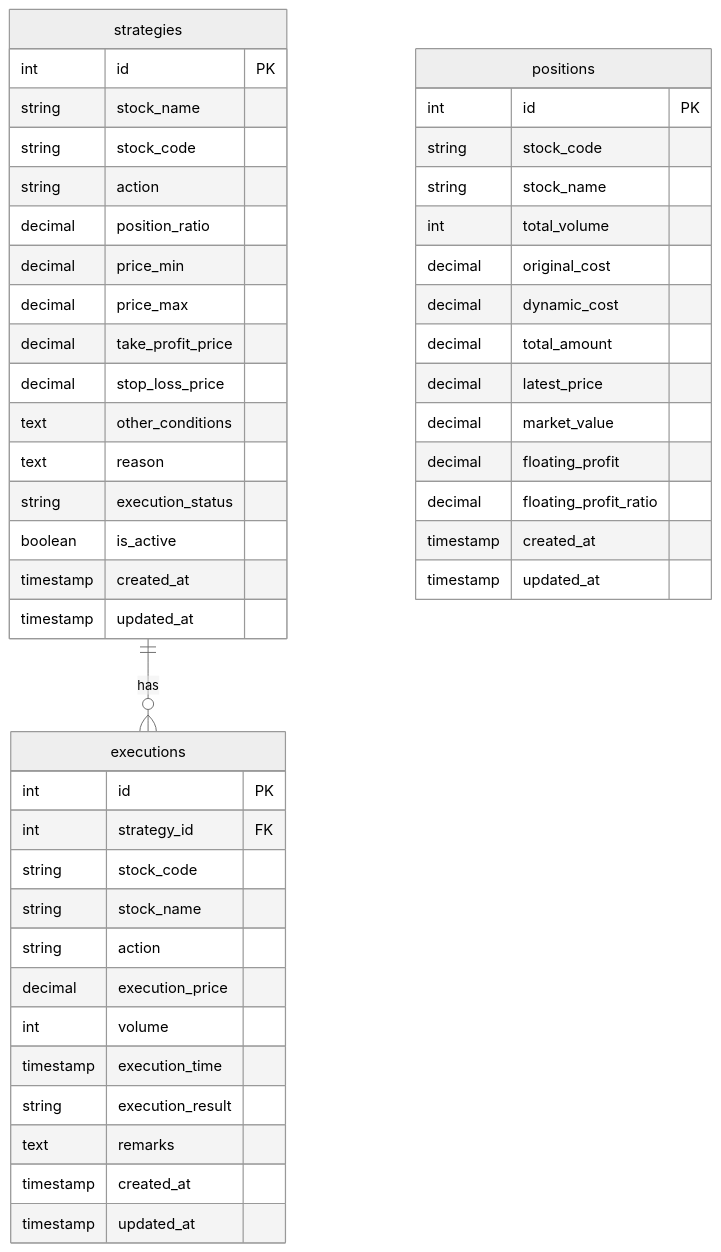
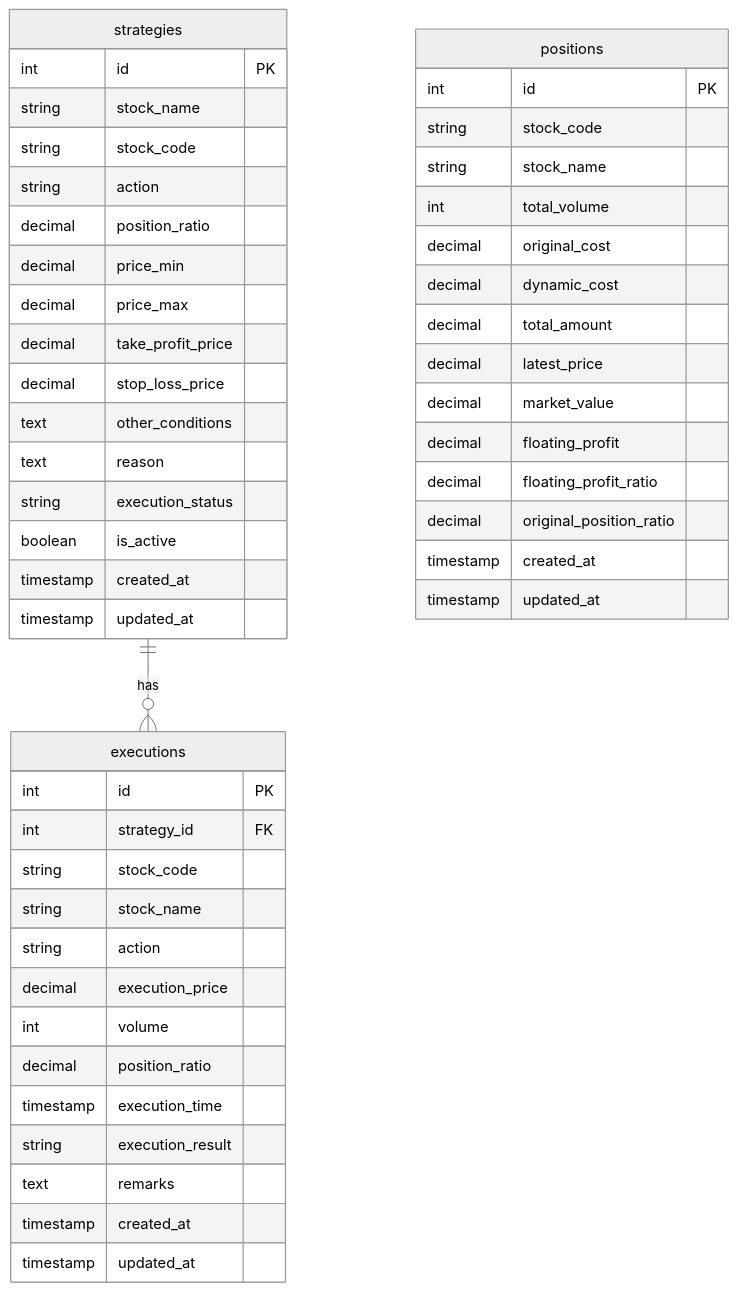
The diagram in docs/DATABASE.md (ahfungon/QMT_Server), drawn with Mermaid (neutral theme) before and after one commit. The commit also changed other lines of this file and 14 other files, not shown here.

````diff
--- a/docs/DATABASE.md
+++ b/docs/DATABASE.md
@@ -99,50 +121,52 @@
 ```mermaid
 erDiagram
     strategies ||--o{ executions : "has"
     strategies {
         int id PK
         string stock_name
         string stock_code
         string action
         decimal position_ratio
         decimal price_min
         decimal price_max
         decimal take_profit_price
         decimal stop_loss_price
         text other_conditions
         text reason
         string execution_status
         boolean is_active
         timestamp created_at
         timestamp updated_at
     }
     executions {
         int id PK
         int strategy_id FK
         string stock_code
         string stock_name
         string action
         decimal execution_price
         int volume
+        decimal position_ratio
         timestamp execution_time
         string execution_result
         text remarks
         timestamp created_at
         timestamp updated_at
     }
     positions {
         int id PK
         string stock_code
         string stock_name
         int total_volume
         decimal original_cost
         decimal dynamic_cost
         decimal total_amount
         decimal latest_price
         decimal market_value
         decimal floating_profit
         decimal floating_profit_ratio
+        decimal original_position_ratio
         timestamp created_at
         timestamp updated_at
     }
 ``` 
````
